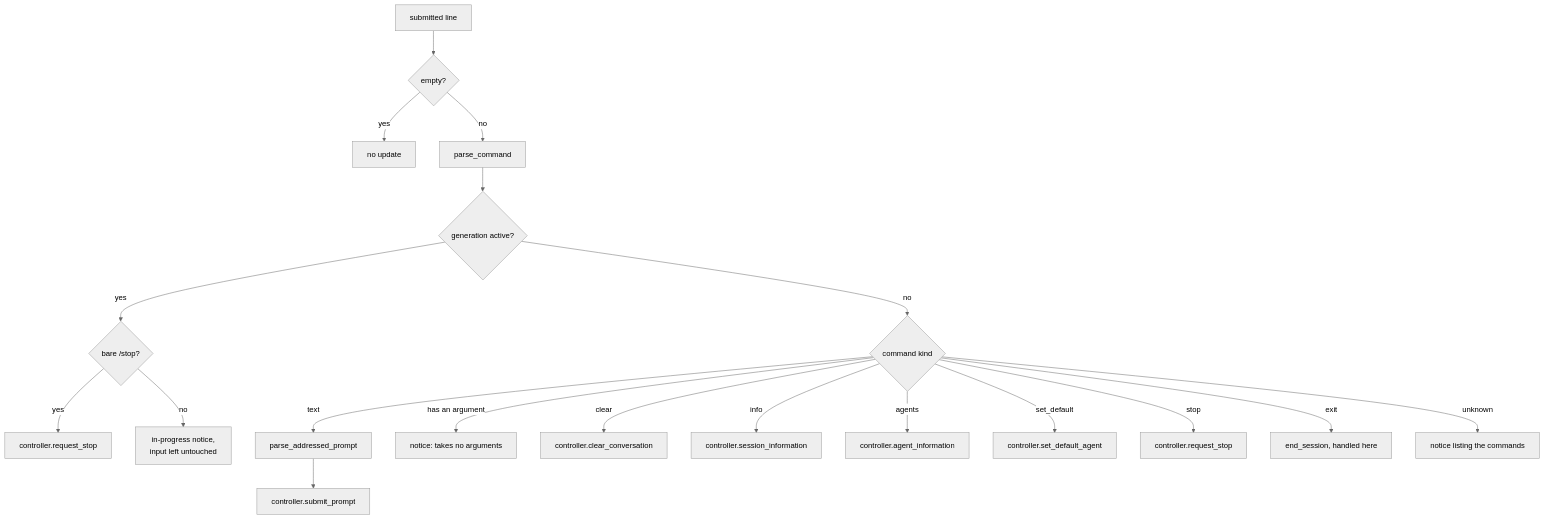
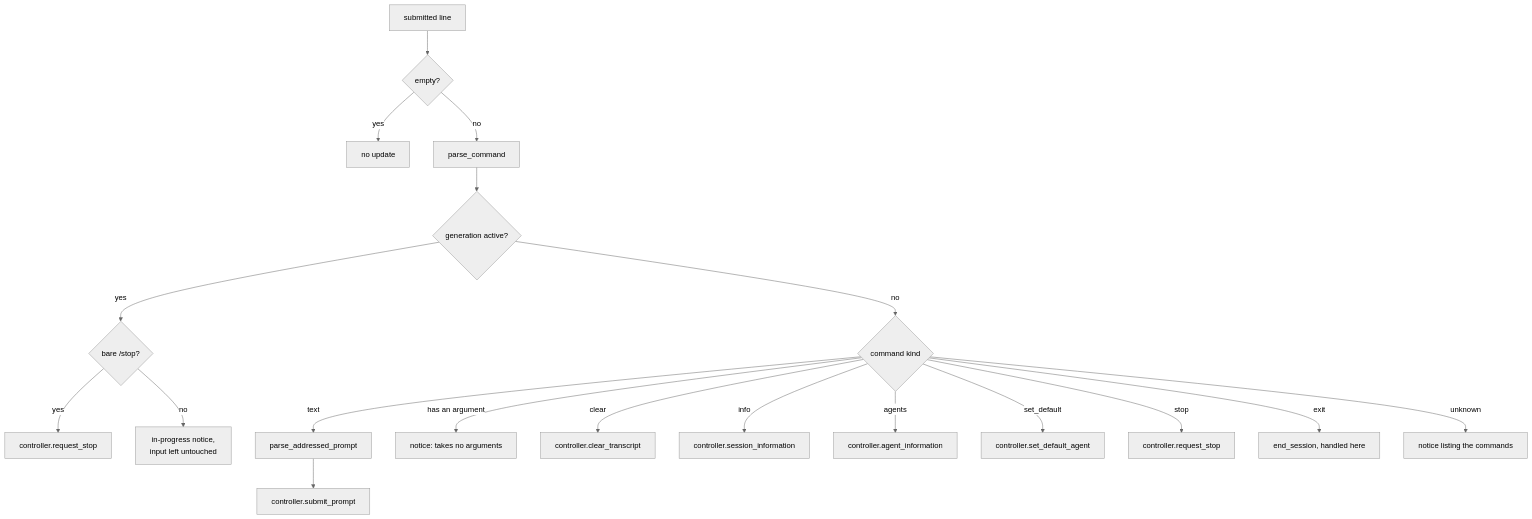
One commit to michaelpopov/cha changed the diagram in src/ui/text/README.md. Above: the diagram before and after it, drawn with Mermaid (neutral theme). The commit also changed 48 other files, not shown here.

````diff
--- a/src/ui/text/README.md
+++ b/src/ui/text/README.md
@@ -38,21 +38,21 @@
 ```mermaid
 flowchart TD
     input["submitted line"] --> empty{"empty?"}
     empty -->|"yes"| none["no update"]
     empty -->|"no"| parse["parse_command"]
     parse --> busy{"generation active?"}
     busy -->|"yes"| stopq{"bare /stop?"}
     stopq -->|"yes"| stop["controller.request_stop"]
     stopq -->|"no"| notice["in-progress notice,<br/>input left untouched"]
     busy -->|"no"| kind{"command kind"}
     kind -->|"text"| mention["parse_addressed_prompt"]
     mention --> submit["controller.submit_prompt"]
     kind -->|"has an argument"| argerr["notice: takes no arguments"]
-    kind -->|"clear"| c1["controller.clear_conversation"]
+    kind -->|"clear"| c1["controller.clear_transcript"]
     kind -->|"info"| c2["controller.session_information"]
     kind -->|"agents"| c3["controller.agent_information"]
     kind -->|"set_default"| c4["controller.set_default_agent"]
     kind -->|"stop"| c5["controller.request_stop"]
     kind -->|"exit"| c6["end_session, handled here"]
     kind -->|"unknown"| c7["notice listing the commands"]
 ```
````
